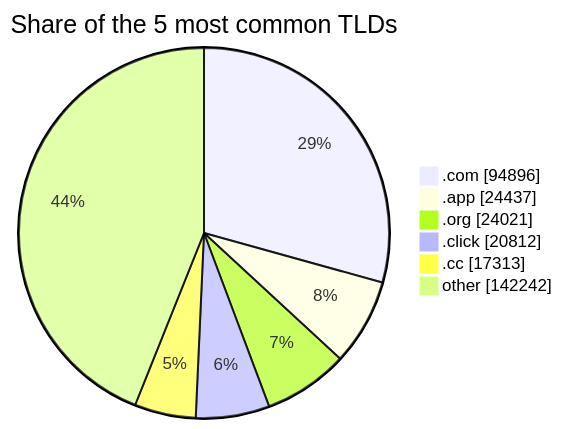
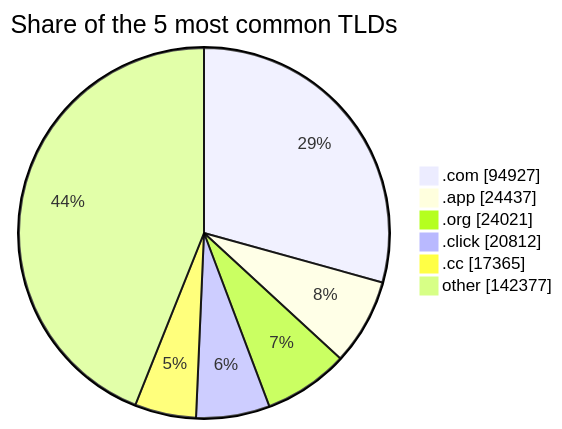
One commit to DNSBunker/CTI changed the third of 3 diagrams in README.md. Above: the diagram before and after it, drawn with Mermaid. The commit also changed other lines of this file and 4 other files, not shown here.

````diff
--- a/README.md
+++ b/README.md
@@ -81,9 +81,9 @@
 ```mermaid
 pie showData title Share of the 5 most common TLDs
-    ".com" : 94896
+    ".com" : 94927
     ".app" : 24437
     ".org" : 24021
     ".click" : 20812
-    ".cc" : 17313
-    "other" : 142242
+    ".cc" : 17365
+    "other" : 142377
 ```
````
